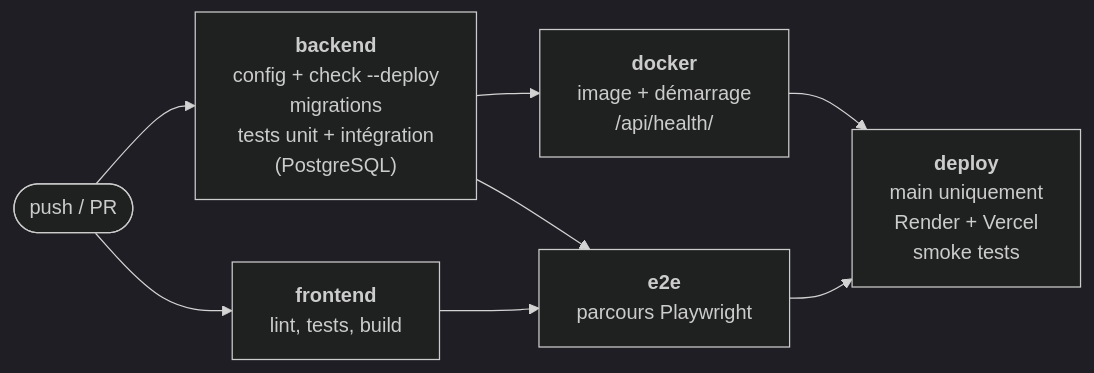
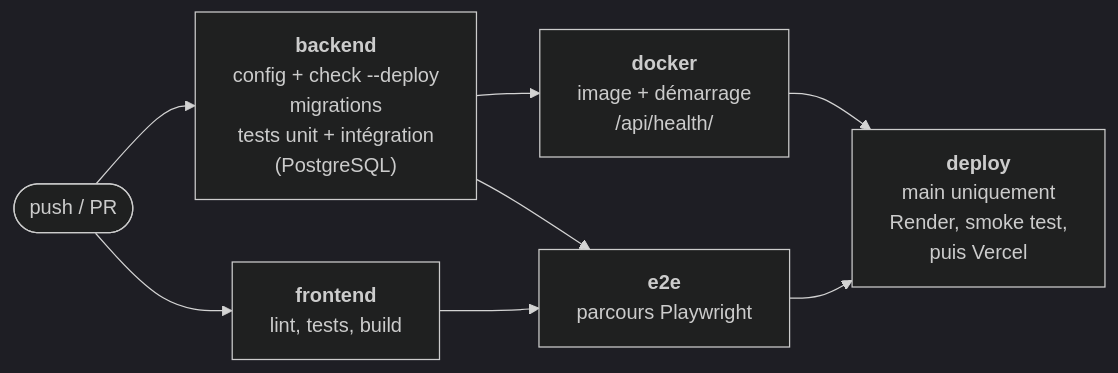
One commit to logandndy/weeb_Logan_donday changed the first of 2 diagrams in docs/REX.md. Above: the diagram before and after it, drawn with Mermaid (dark theme). The commit also changed other lines of this file and 3 other files, not shown here.

````diff
--- a/docs/REX.md
+++ b/docs/REX.md
@@ -71,16 +71,16 @@
 ```mermaid
 flowchart LR
     push([push / PR]) --> backend
     push --> frontend
     backend --> docker
     backend --> e2e
     frontend --> e2e
     docker --> deploy
     e2e --> deploy
 
     backend["<b>backend</b><br/>config + check --deploy<br/>migrations<br/>tests unit + intégration<br/>(PostgreSQL)"]
     frontend["<b>frontend</b><br/>lint, tests, build"]
     docker["<b>docker</b><br/>image + démarrage<br/>/api/health/"]
     e2e["<b>e2e</b><br/>parcours Playwright"]
-    deploy["<b>deploy</b><br/>main uniquement<br/>Render + Vercel<br/>smoke tests"]
+    deploy["<b>deploy</b><br/>main uniquement<br/>Render, smoke test,<br/>puis Vercel"]
 ```
````
